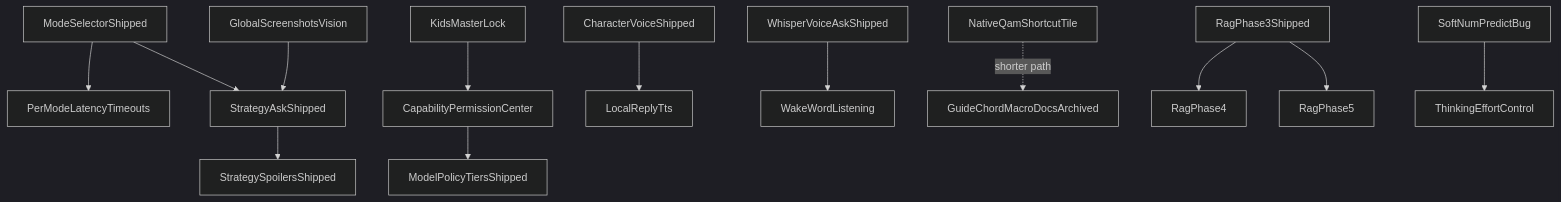
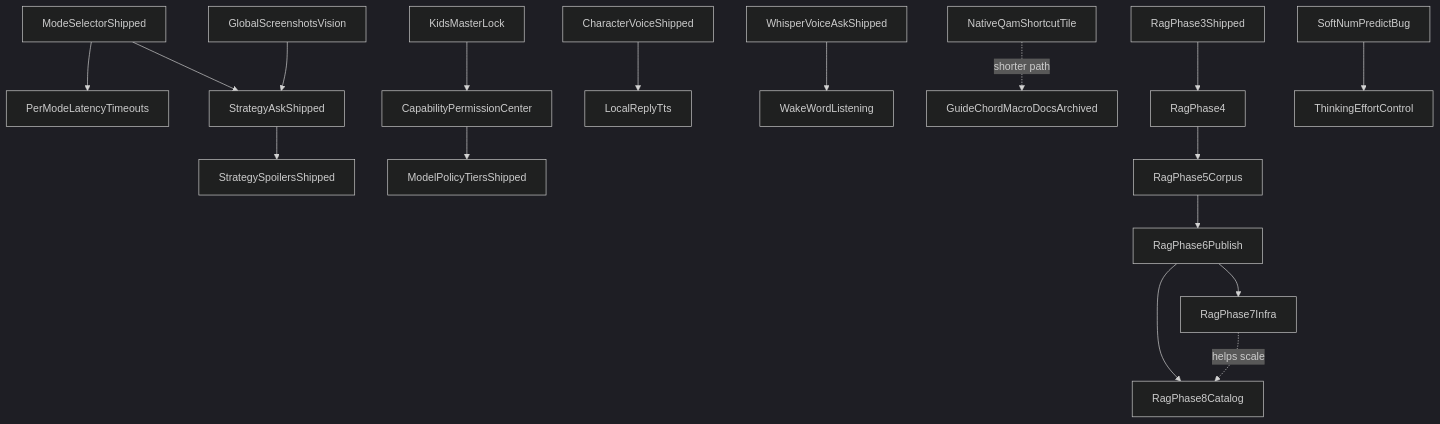
One commit to cantcurecancer/bonsAI changed the diagram in docs/roadmap.md. Above: the diagram before and after it, drawn with Mermaid (dark theme). The commit also changed other lines of this file and 4 other files, not shown here.

````diff
--- a/docs/roadmap.md
+++ b/docs/roadmap.md
@@ -226,15 +249,19 @@
 ```mermaid
 flowchart TD
   modeSelector[ModeSelectorShipped] --> perModeProfiles[PerModeLatencyTimeouts]
   modeSelector --> strategyPath[StrategyAskShipped]
   strategyPath --> strategySafety[StrategySpoilersShipped]
   visionFeature[GlobalScreenshotsVision] --> strategyPath
   capabilityPermission[CapabilityPermissionCenter] --> modelPolicyTiers[ModelPolicyTiersShipped]
   kidsLock[KidsMasterLock] --> capabilityPermission
   characterVoice[CharacterVoiceShipped] --> localTts[LocalReplyTts]
   whisperAsk[WhisperVoiceAskShipped] --> wakeWord[WakeWordListening]
   nativeQam[NativeQamShortcutTile] -.->|shorter path| macroDocs[GuideChordMacroDocsArchived]
   ragPhase3[RagPhase3Shipped] --> ragPhase4[RagPhase4]
-  ragPhase3 --> ragPhase5[RagPhase5]
+  ragPhase4 --> ragPhase5[RagPhase5Corpus]
+  ragPhase5 --> ragPhase6[RagPhase6Publish]
+  ragPhase6 --> ragPhase7[RagPhase7Infra]
+  ragPhase6 --> ragPhase8[RagPhase8Catalog]
+  ragPhase7 -.->|helps scale| ragPhase8
   softBudget[SoftNumPredictBug] --> thinkingEffort[ThinkingEffortControl]
 ```
````
